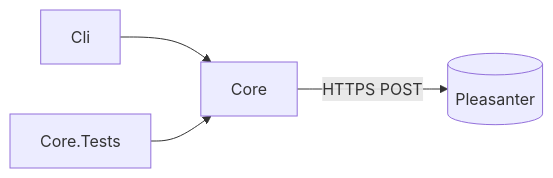
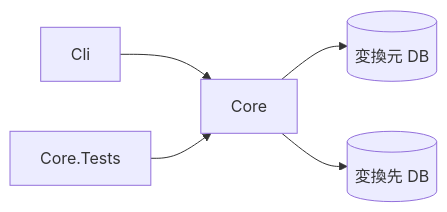
One commit to vehiclevisionjp/VehicleVision.PleasanterTools.DatabaseConverter changed the diagram in _documents/アーキテクチャ方針.md. Above: the diagram before and after it, drawn with Mermaid. The commit also changed other lines of this file and 31 other files, not shown here.

````diff
--- a/_documents/アーキテクチャ方針.md
+++ b/_documents/アーキテクチャ方針.md
@@ -9,6 +25,7 @@
 ```mermaid
 flowchart LR
     Cli[Cli] --> Core[Core]
     Tests[Core.Tests] --> Core
-    Core -->|HTTPS POST| Pleasanter[(Pleasanter)]
+    Core --> Source[(変換元 DB)]
+    Core --> Target[(変換先 DB)]
 ```
````
